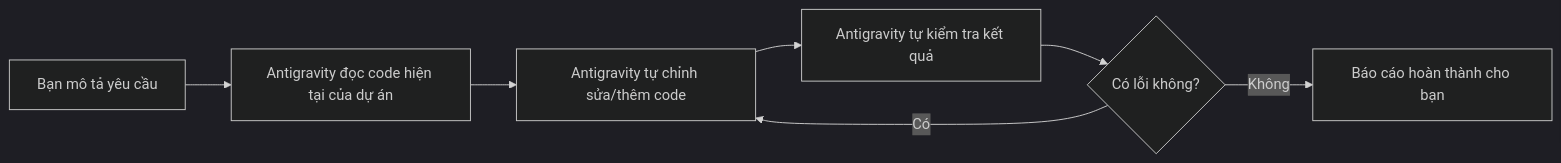
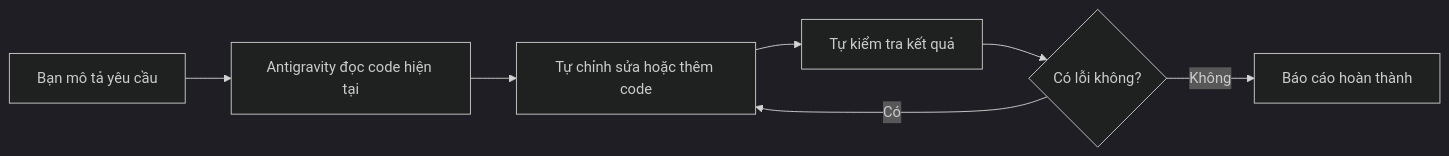
One commit to AlanKhan145/course-knowledge-base changed the second of 4 diagrams in khoa-hoc-vibe-coding-co-ban/Module 05 - Thuc Hanh Du An Vibe Code/18-su-dung-ai-agent-voi-antigravity.md. Above: the diagram before and after it, drawn with Mermaid (dark theme). The commit also changed other lines of this file and 19 other files, not shown here.

````diff
--- a/khoa-hoc-vibe-coding-co-ban/Module 05 - Thuc Hanh Du An Vibe Code/18-su-dung-ai-agent-voi-antigravity.md
+++ b/khoa-hoc-vibe-coding-co-ban/Module 05 - Thuc Hanh Du An Vibe Code/18-su-dung-ai-agent-voi-antigravity.md
@@ -27,9 +53,9 @@
 ```mermaid
 flowchart LR
-    A["Bạn mô tả yêu cầu"] --> B["Antigravity đọc code hiện tại của dự án"]
-    B --> C["Antigravity tự chỉnh sửa/thêm code"]
-    C --> D["Antigravity tự kiểm tra kết quả"]
+    A["Bạn mô tả yêu cầu"] --> B["Antigravity đọc code hiện tại"]
+    B --> C["Tự chỉnh sửa hoặc thêm code"]
+    C --> D["Tự kiểm tra kết quả"]
     D --> E{"Có lỗi không?"}
     E -- "Có" --> C
-    E -- "Không" --> F["Báo cáo hoàn thành cho bạn"]
+    E -- "Không" --> F["Báo cáo hoàn thành"]
 ```
````
